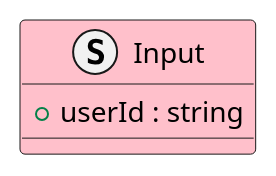
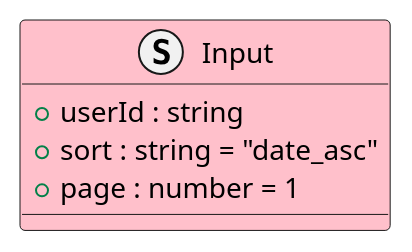
Before and after one commit to hachimitu22/MangaViewer: the first of 3 diagrams in doc/4_application/user/query/GetFavoriteSummariesService/readme.md, drawn with PlantUML. The commit also changed other lines of this file, not shown here.

````diff
--- a/doc/4_application/user/query/GetFavoriteSummariesService/readme.md
+++ b/doc/4_application/user/query/GetFavoriteSummariesService/readme.md
@@ -18,7 +18,9 @@
 ```plantuml
 left to right direction
 
 struct Input #pink {
     + userId : string
+    + sort : string = "date_asc"
+    + page : number = 1
 }
 ```
````
